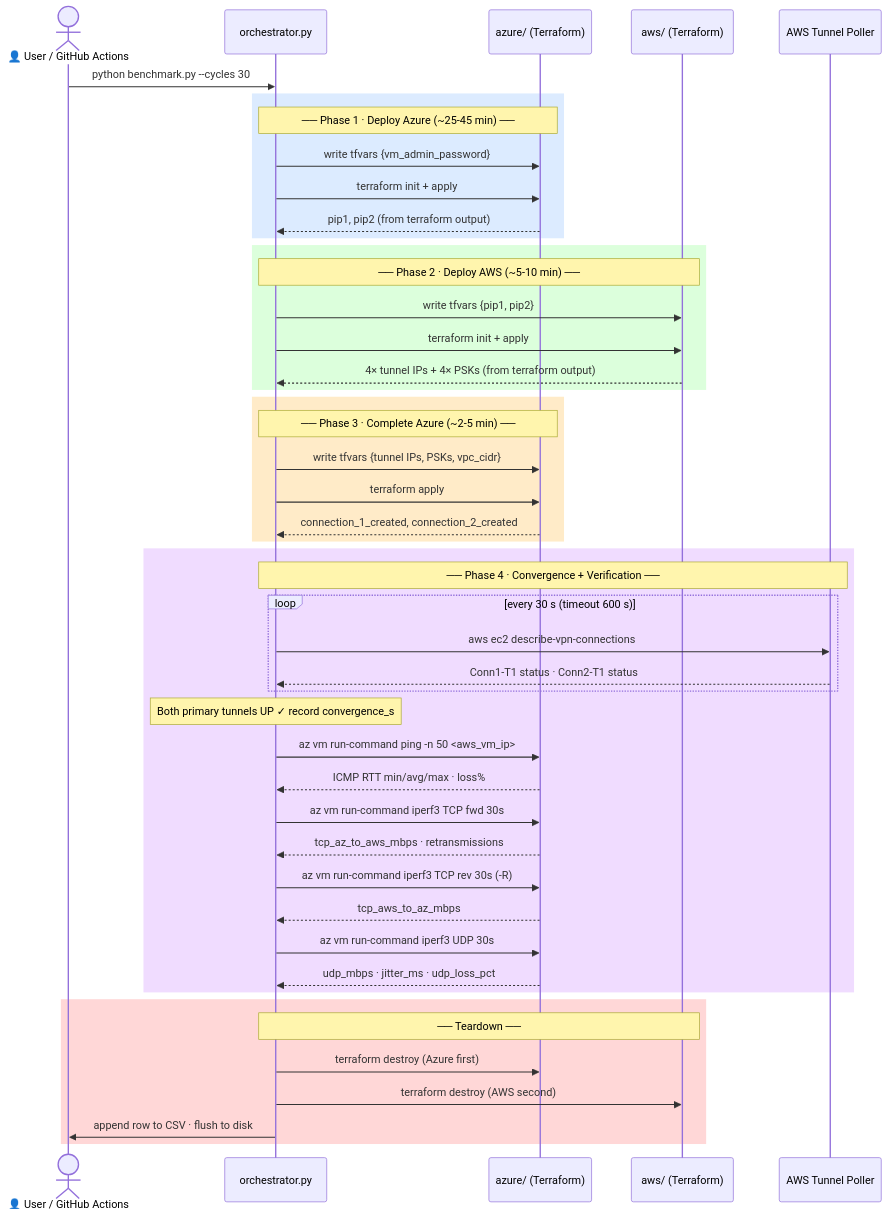
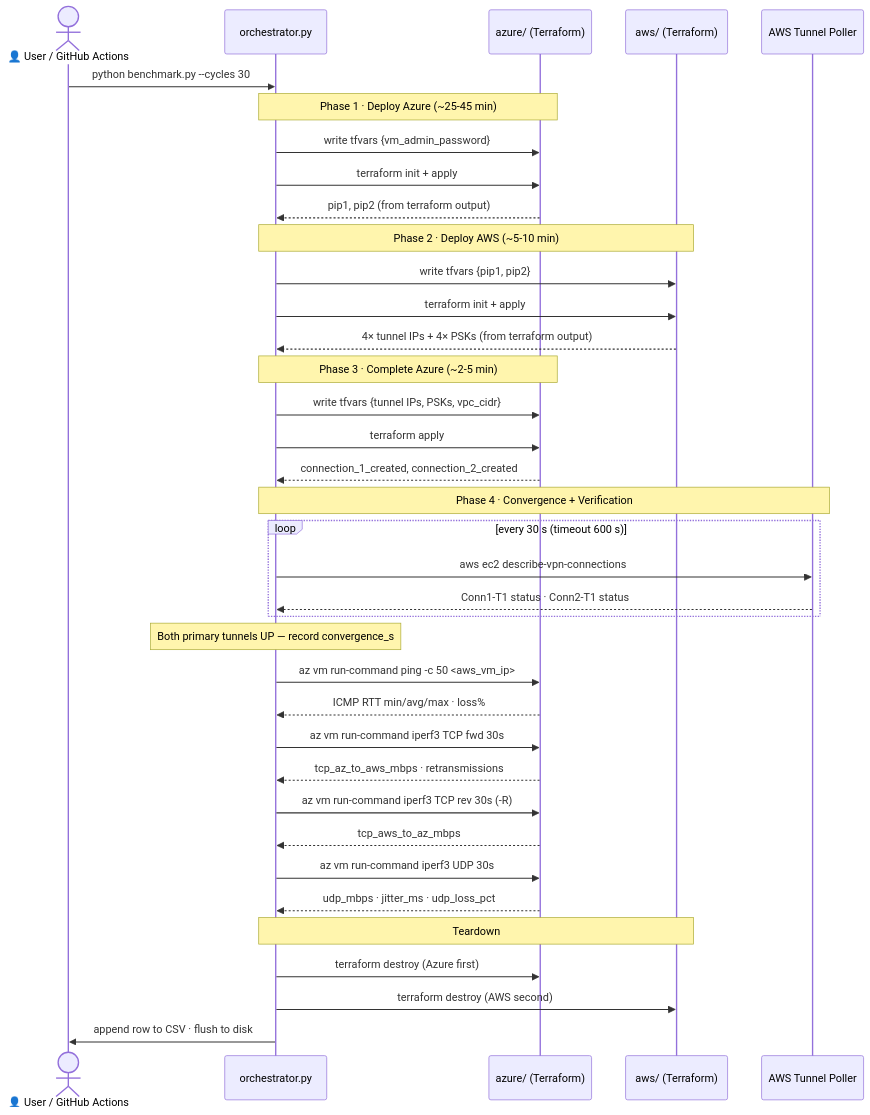
Before and after one commit to kshitiz-Kharal/PL-IaC_MultiCloud_Orchestration: the second of 5 diagrams in README.md, drawn with Mermaid. The commit also changed other lines of this file, not shown here.

````diff
--- a/README.md
+++ b/README.md
@@ -112,55 +112,45 @@
 ```mermaid
 sequenceDiagram
     actor U  as 👤 User / GitHub Actions
     participant O  as orchestrator.py
     participant AZ as azure/ (Terraform)
     participant AW as aws/ (Terraform)
     participant PO as AWS Tunnel Poller
 
     U  ->> O  : python benchmark.py --cycles 30
 
-    rect rgb(220, 235, 255)
-        Note over O,AZ: ── Phase 1 · Deploy Azure (~25-45 min) ──
-        O  ->> AZ : write tfvars  {vm_admin_password}
-        O  ->> AZ : terraform init + apply
-        AZ -->> O : pip1, pip2  (from terraform output)
+    Note over O,AZ: Phase 1 · Deploy Azure (~25-45 min)
+    O  ->> AZ : write tfvars  {vm_admin_password}
+    O  ->> AZ : terraform init + apply
+    AZ -->> O : pip1, pip2  (from terraform output)
+
+    Note over O,AW: Phase 2 · Deploy AWS (~5-10 min)
+    O  ->> AW : write tfvars  {pip1, pip2}
+    O  ->> AW : terraform init + apply
+    AW -->> O : 4× tunnel IPs + 4× PSKs  (from terraform output)
+
+    Note over O,AZ: Phase 3 · Complete Azure (~2-5 min)
+    O  ->> AZ : write tfvars  {tunnel IPs, PSKs, vpc_cidr}
+    O  ->> AZ : terraform apply
+    AZ -->> O : connection_1_created, connection_2_created
+
+    Note over O,PO: Phase 4 · Convergence + Verification
+    loop every 30 s  (timeout 600 s)
+        O  ->> PO : aws ec2 describe-vpn-connections
+        PO -->> O : Conn1-T1 status · Conn2-T1 status
     end
+    Note over O: Both primary tunnels UP — record convergence_s
+    O  ->> AZ : az vm run-command  ping -c 50 <aws_vm_ip>
+    AZ -->> O : ICMP RTT min/avg/max · loss%
+    O  ->> AZ : az vm run-command  iperf3 TCP fwd 30s
+    AZ -->> O : tcp_az_to_aws_mbps · retransmissions
+    O  ->> AZ : az vm run-command  iperf3 TCP rev 30s  (-R)
+    AZ -->> O : tcp_aws_to_az_mbps
+    O  ->> AZ : az vm run-command  iperf3 UDP 30s
+    AZ -->> O : udp_mbps · jitter_ms · udp_loss_pct
 
-    rect rgb(220, 255, 220)
-        Note over O,AW: ── Phase 2 · Deploy AWS (~5-10 min) ──
-        O  ->> AW : write tfvars  {pip1, pip2}
-        O  ->> AW : terraform init + apply
-        AW -->> O : 4× tunnel IPs + 4× PSKs  (from terraform output)
-    end
-
-    rect rgb(255, 235, 200)
-        Note over O,AZ: ── Phase 3 · Complete Azure (~2-5 min) ──
-        O  ->> AZ : write tfvars  {tunnel IPs, PSKs, vpc_cidr}
-        O  ->> AZ : terraform apply
-        AZ -->> O : connection_1_created, connection_2_created
-    end
-
-    rect rgb(240, 220, 255)
-        Note over O,PO: ── Phase 4 · Convergence + Verification ──
-        loop every 30 s  (timeout 600 s)
-            O  ->> PO : aws ec2 describe-vpn-connections
-            PO -->> O : Conn1-T1 status · Conn2-T1 status
-        end
-        Note over O: Both primary tunnels UP ✓  record convergence_s
-        O  ->> AZ : az vm run-command  ping -n 50 <aws_vm_ip>
-        AZ -->> O : ICMP RTT min/avg/max · loss%
-        O  ->> AZ : az vm run-command  iperf3 TCP fwd 30s
-        AZ -->> O : tcp_az_to_aws_mbps · retransmissions
-        O  ->> AZ : az vm run-command  iperf3 TCP rev 30s  (-R)
-        AZ -->> O : tcp_aws_to_az_mbps
-        O  ->> AZ : az vm run-command  iperf3 UDP 30s
-        AZ -->> O : udp_mbps · jitter_ms · udp_loss_pct
-    end
-
-    rect rgb(255, 215, 215)
-        Note over O,AW: ── Teardown ──
-        O  ->> AZ : terraform destroy  (Azure first)
-        O  ->> AW : terraform destroy  (AWS second)
-        O  ->> U  : append row to CSV · flush to disk
-    end
+    Note over O,AW: Teardown
+    O  ->> AZ : terraform destroy  (Azure first)
+    O  ->> AW : terraform destroy  (AWS second)
+    O  ->> U  : append row to CSV · flush to disk
 ```
````
